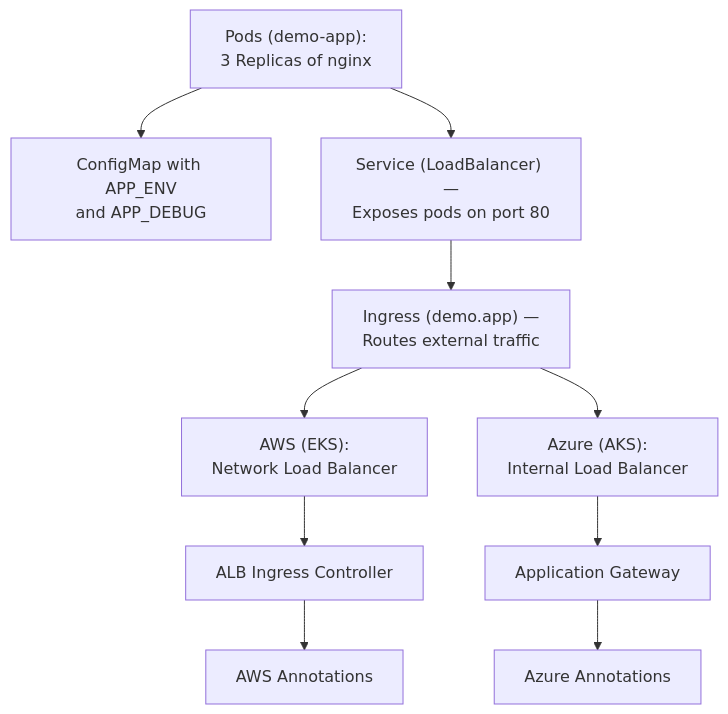
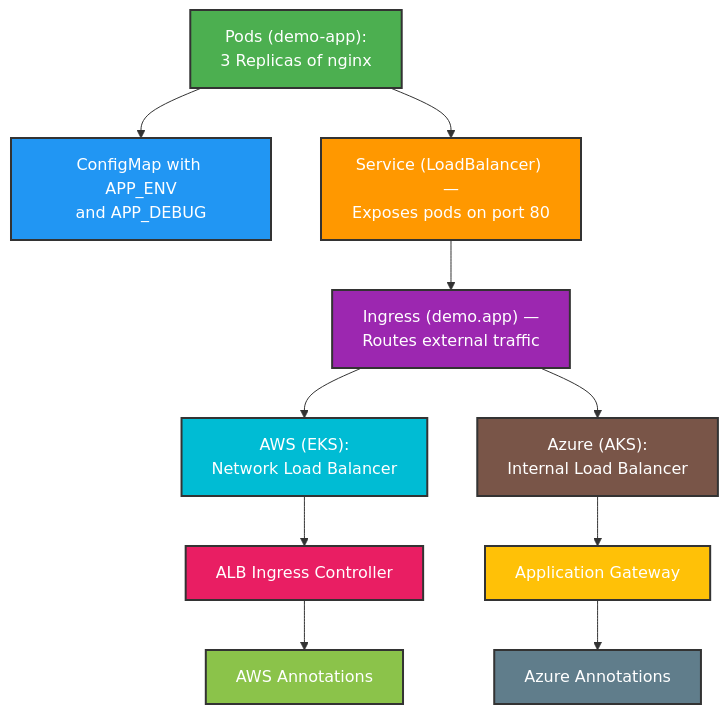
The diagram in README.md (obintui10/kubernetes-multi-cloud-demo), drawn with Mermaid before and after one commit.

````diff
--- a/README.md
+++ b/README.md
@@ -98,22 +98,34 @@
 ```mermaid
 flowchart TB
     Pods["Pods (demo-app):
 3 Replicas of nginx"] --> Config["ConfigMap with APP_ENV
 and APP_DEBUG"]
 
     Pods --> Service["Service (LoadBalancer) —
 Exposes pods on port 80"]
     Service --> Ingress["Ingress (demo.app) —
 Routes external traffic"]
 
     Ingress --> AWS_NLB["AWS (EKS):
 Network Load Balancer"]
     AWS_NLB --> AWS_ALB["ALB Ingress Controller"]
     AWS_ALB --> AWS_Anno["AWS Annotations"]
 
     Ingress --> Azure_ILB["Azure (AKS):
 Internal Load Balancer"]
     Azure_ILB --> Azure_AppGW["Application Gateway"]
     Azure_AppGW --> Azure_Anno["Azure Annotations"]
 
+ %% Color styling for 10 nodes
+    style Pods fill:#4CAF50,stroke:#333,stroke-width:2px,color:#fff
+    style Config fill:#2196F3,stroke:#333,stroke-width:2px,color:#fff
+    style Service fill:#FF9800,stroke:#333,stroke-width:2px,color:#fff
+    style Ingress fill:#9C27B0,stroke:#333,stroke-width:2px,color:#fff
+    style AWS_NLB fill:#00BCD4,stroke:#333,stroke-width:2px,color:#fff
+    style AWS_ALB fill:#E91E63,stroke:#333,stroke-width:2px,color:#fff
+    style AWS_Anno fill:#8BC34A,stroke:#333,stroke-width:2px,color:#fff
+    style Azure_ILB fill:#795548,stroke:#333,stroke-width:2px,color:#fff
+    style Azure_AppGW fill:#FFC107,stroke:#333,stroke-width:2px,color:#fff
+    style Azure_Anno fill:#607D8B,stroke:#333,stroke-width:2px,color:#fff
+
 ```
````
